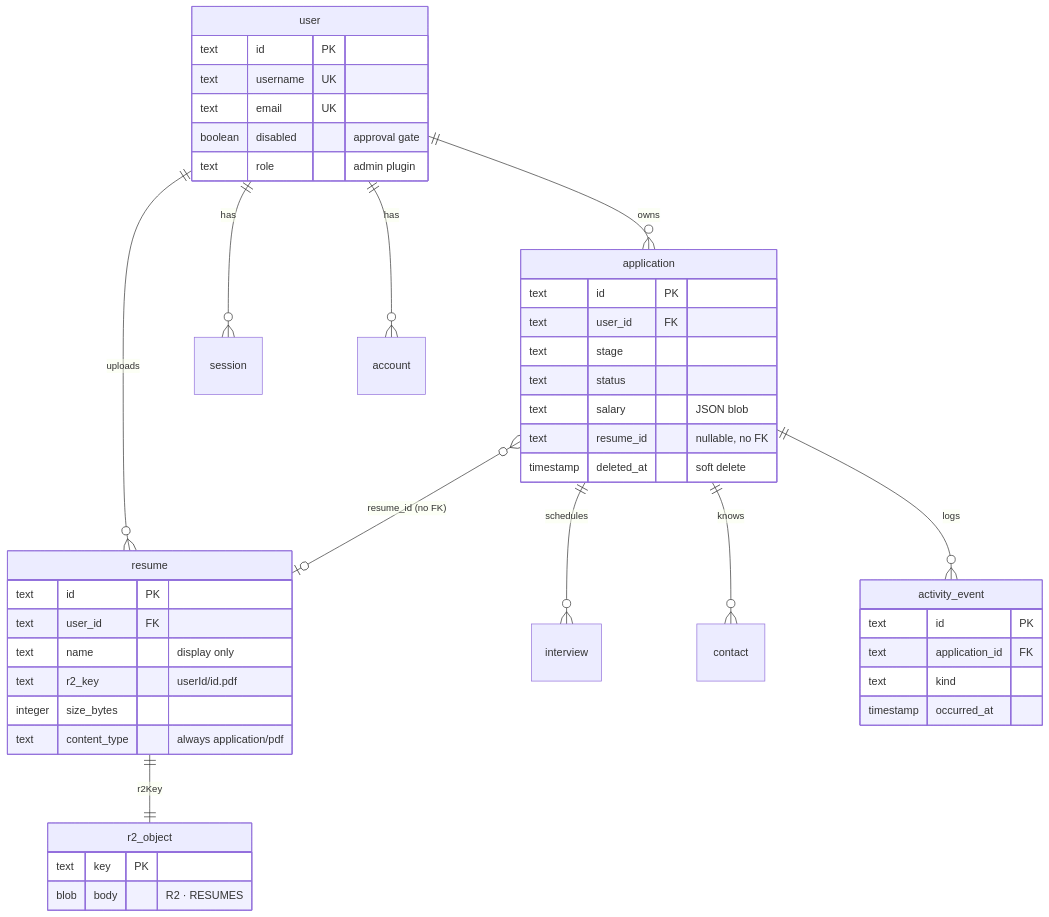
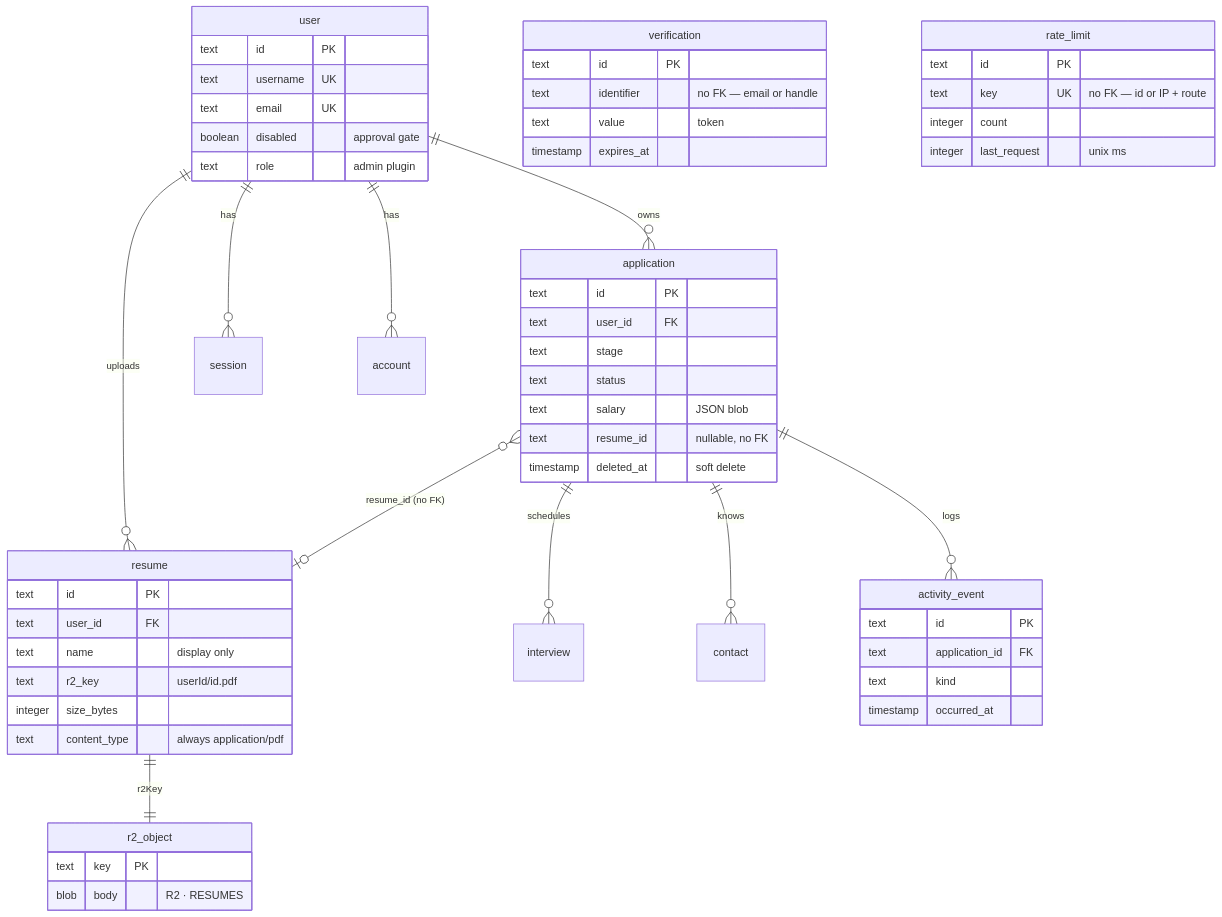
Before and after one commit to c0k0n/job-tracker: the first of 4 diagrams in docs/data-model.md, drawn with Mermaid. The commit also changed other lines of this file and 16 other files, not shown here.

````diff
--- a/docs/data-model.md
+++ b/docs/data-model.md
@@ -7,46 +15,58 @@
 ```mermaid
 erDiagram
     user ||--o{ application : owns
     user ||--o{ session : has
     user ||--o{ account : has
     user ||--o{ resume : uploads
     application ||--o{ interview : schedules
     application ||--o{ contact : "knows"
     application ||--o{ activity_event : logs
     application }o--o| resume : "resume_id (no FK)"
     resume ||--|| r2_object : "r2Key"
     user {
         text id PK
         text username UK
         text email UK
         boolean disabled "approval gate"
         text role "admin plugin"
     }
     application {
         text id PK
         text user_id FK
         text stage
         text status
         text salary "JSON blob"
         text resume_id "nullable, no FK"
         timestamp deleted_at "soft delete"
     }
     activity_event {
         text id PK
         text application_id FK
         text kind
         timestamp occurred_at
     }
     resume {
         text id PK
         text user_id FK
         text name "display only"
         text r2_key "userId/id.pdf"
         integer size_bytes
         text content_type "always application/pdf"
     }
     r2_object {
         text key PK
         blob body "R2 · RESUMES"
     }
+    verification {
+        text id PK
+        text identifier "no FK — email or handle"
+        text value "token"
+        timestamp expires_at
+    }
+    rate_limit {
+        text id PK
+        text key UK "no FK — id or IP + route"
+        integer count
+        integer last_request "unix ms"
+    }
 ```
````
